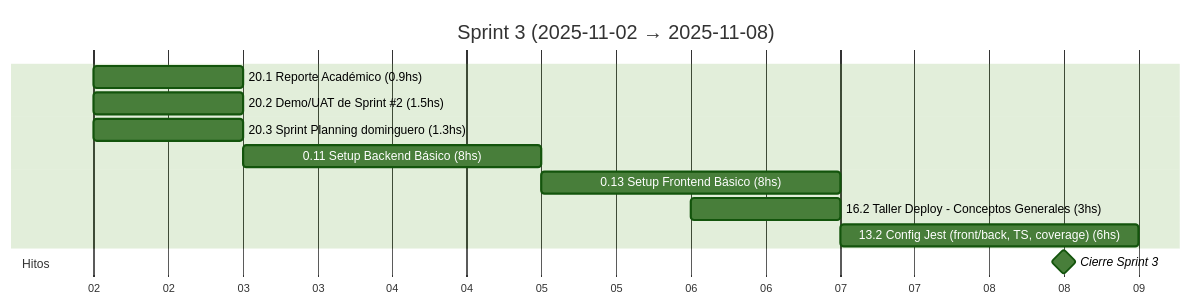
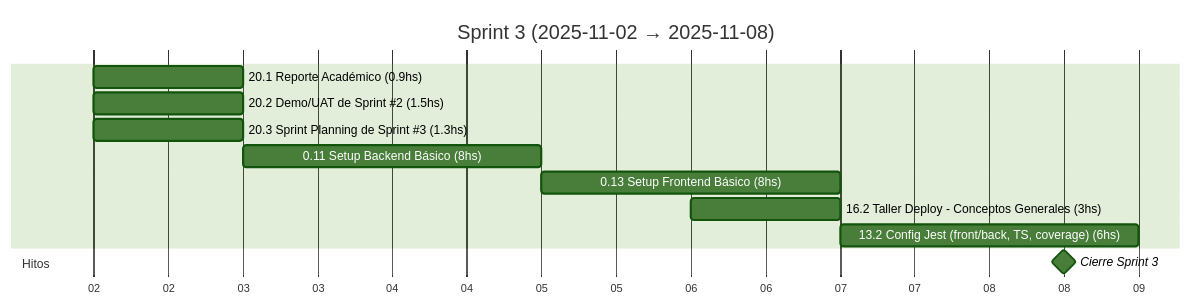
One commit to MarkMed/FleetMan changed the fourth of 19 diagrams in docs/SprintsGantts.md. Above: the diagram before and after it, drawn with Mermaid (forest theme). The commit also changed other lines of this file and 2 other files, not shown here.

Commit message:
feat: Update Sprint Planning references to include specific sprint numbers

````diff
--- a/docs/SprintsGantts.md
+++ b/docs/SprintsGantts.md
@@ -103,19 +103,19 @@
 ```mermaid
 gantt
   title Sprint 3 (2025-11-02 → 2025-11-08)
   dateFormat  YYYY-MM-DD
   axisFormat  %d
 
   %% Asumimos 5 h/día. Horas estimadas incluidas en el nombre.
 
   20.1 Reporte Académico (0.9hs)               :t201, 2025-11-02, 1d
   20.2 Demo/UAT de Sprint #2 (1.5hs)           :t202, 2025-11-02, 1d
-  20.3 Sprint Planning dominguero (1.3hs)      :t203, 2025-11-02, 1d
+  20.3 Sprint Planning de Sprint #3 (1.3hs)      :t203, 2025-11-02, 1d
   0.11 Setup Backend Básico (8hs)              :t011, after t203, 2d
   0.13 Setup Frontend Básico (8hs)             :t013, after t011, 2d
   16.2 Taller Deploy - Conceptos Generales (3hs) :t162, 2025-11-06, 1d
   13.2 Config Jest (front/back, TS, coverage) (6hs) :t132, after t013, 2d
 
   section Hitos
   Cierre Sprint 3                              :milestone, s3, 2025-11-08, 1d
 ```
````
